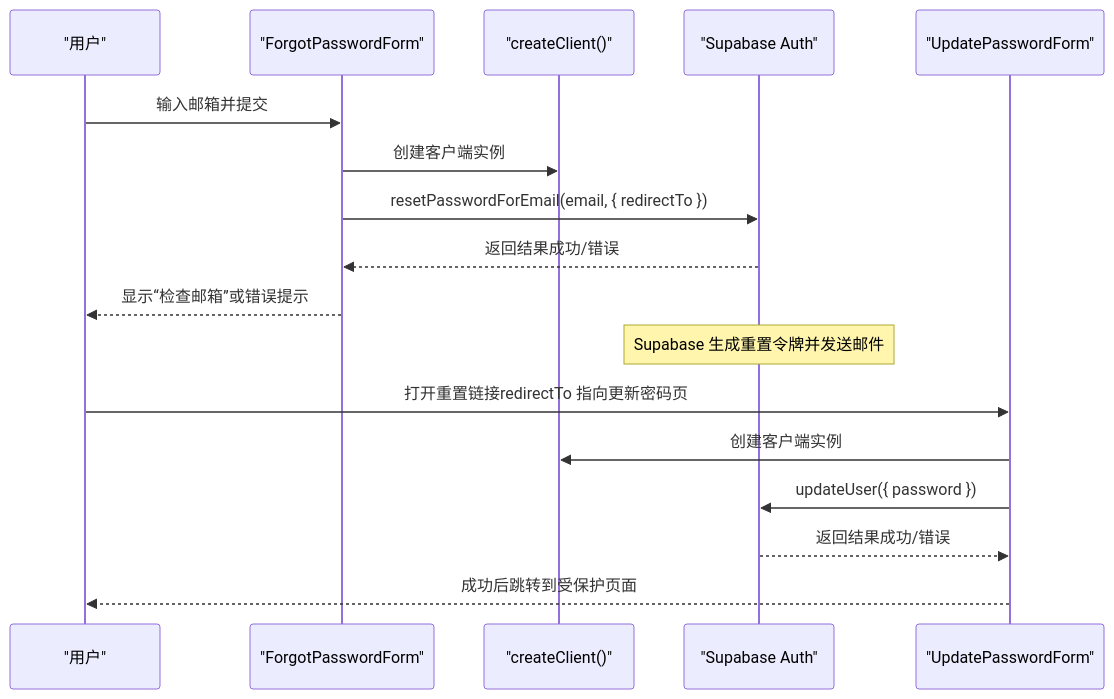
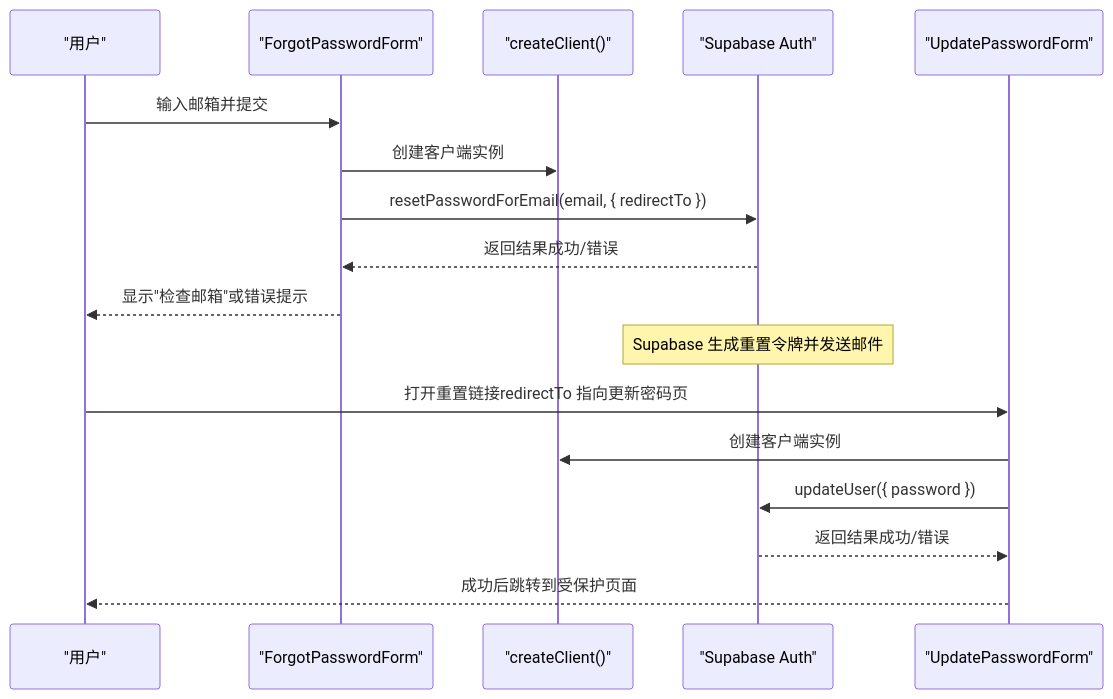
One commit to javalittleman1/virtual-stock-trading changed the second of 7 diagrams in .qoder/repowiki/zh/content/用户认证系统/密码重置.md. Above: the diagram before and after it, drawn with Mermaid. The commit also changed other lines of this file and 7 other files, not shown here.

````diff
--- a/.qoder/repowiki/zh/content/用户认证系统/密码重置.md
+++ b/.qoder/repowiki/zh/content/用户认证系统/密码重置.md
@@ -132,19 +139,19 @@
 ```mermaid
 sequenceDiagram
 participant U as "用户"
 participant FP as "ForgotPasswordForm"
 participant SC as "createClient()"
 participant SA as "Supabase Auth"
 participant UP as "UpdatePasswordForm"
 U->>FP : 输入邮箱并提交
 FP->>SC : 创建客户端实例
 FP->>SA : resetPasswordForEmail(email, { redirectTo })
 SA-->>FP : 返回结果成功/错误
-FP-->>U : 显示“检查邮箱”或错误提示
+FP-->>U : 显示"检查邮箱"或错误提示
 Note over SA : Supabase 生成重置令牌并发送邮件
 U->>UP : 打开重置链接redirectTo 指向更新密码页
 UP->>SC : 创建客户端实例
 UP->>SA : updateUser({ password })
 SA-->>UP : 返回结果成功/错误
 UP-->>U : 成功后跳转到受保护页面
 ```
````
